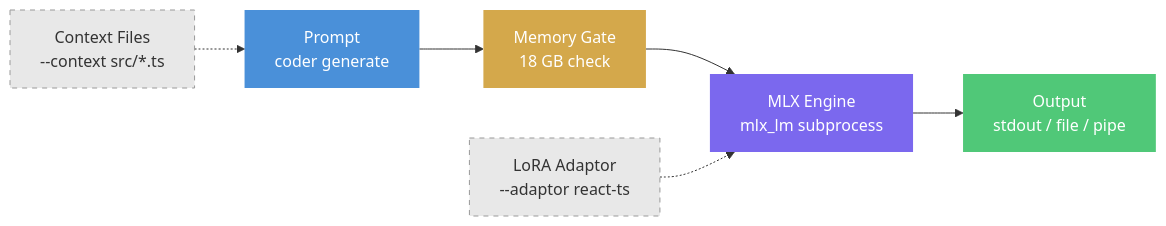
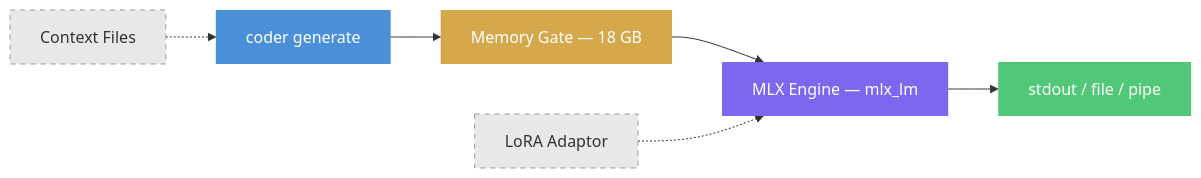
One commit to falese/coder changed the first of 4 diagrams in README.md. Above: the diagram before and after it, drawn with Mermaid. The commit also changed other lines of this file, not shown here.

Commit message:
fix: remove br/ from node labels and replace stroke:none across all mermaid diagrams
Agent-Logs-Url: https://github.com/falese/coder/sessions/0637882c-8dc3-4a65-823c-ddb89c65b147

````diff
--- a/README.md
+++ b/README.md
@@ -31,16 +31,16 @@
 ```mermaid
 graph LR
-    A["Prompt<br/>coder generate"] --> B["Memory Gate<br/>18 GB check"]
-    B --> C["MLX Engine<br/>mlx_lm subprocess"]
-    C --> D["Output<br/>stdout / file / pipe"]
+    A["coder generate"] --> B["Memory Gate — 18 GB"]
+    B --> C["MLX Engine — mlx_lm"]
+    C --> D["stdout / file / pipe"]
 
-    E["LoRA Adaptor<br/>--adaptor react-ts"] -.-> C
-    F["Context Files<br/>--context src/*.ts"] -.-> A
+    E["LoRA Adaptor"] -.-> C
+    F["Context Files"] -.-> A
 
-    style A fill:#4A90D9,color:#fff,stroke:none
-    style B fill:#D4A84B,color:#fff,stroke:none
-    style C fill:#7B68EE,color:#fff,stroke:none
-    style D fill:#50C878,color:#fff,stroke:none
-    style E fill:#E8E8E8,color:#333,stroke:#999,stroke-dasharray:5 5
-    style F fill:#E8E8E8,color:#333,stroke:#999,stroke-dasharray:5 5
+    style A fill:#4A90D9,color:#fff,stroke-width:0
+    style B fill:#D4A84B,color:#fff,stroke-width:0
+    style C fill:#7B68EE,color:#fff,stroke-width:0
+    style D fill:#50C878,color:#fff,stroke-width:0
+    style E fill:#E8E8E8,color:#333,stroke:#999,stroke-dasharray:5
+    style F fill:#E8E8E8,color:#333,stroke:#999,stroke-dasharray:5
 ```
````
